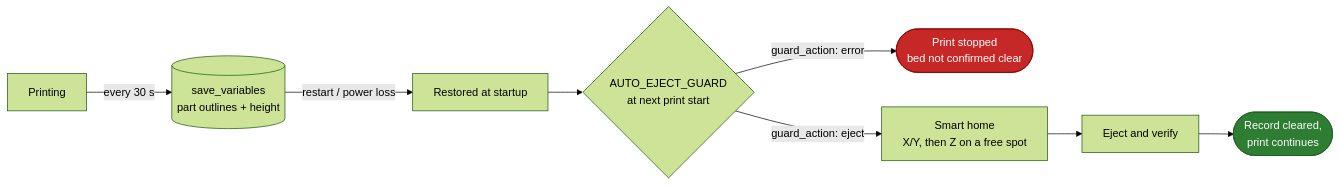
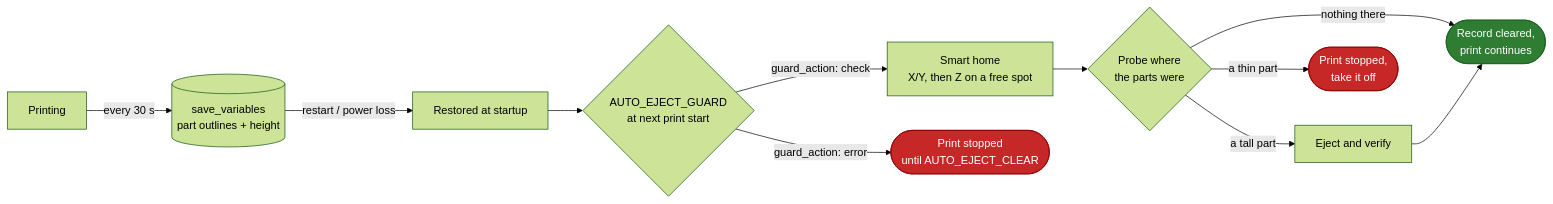
Before and after one commit to ahmedbebars/klipper-auto-eject: the diagram in docs/recovery.md, drawn with Mermaid (forest theme). The commit also changed other lines of this file and 11 other files, not shown here.

First line of the commit message:
Guard checks the bed itself; reliable thin-part check; cool nozzle on parts

````diff
--- a/docs/recovery.md
+++ b/docs/recovery.md
@@ -9,14 +9,17 @@
 ```mermaid
 flowchart LR
     P["Printing"] -- "every 30 s" --> S[("save_variables<br/>part outlines + height")]
     S -- "restart / power loss" --> R["Restored at startup"]
     R --> G{"AUTO_EJECT_GUARD<br/>at next print start"}
-    G -- "guard_action: error" --> E(["Print stopped<br/>bed not confirmed clear"])
-    G -- "guard_action: eject" --> H["Smart home<br/>X/Y, then Z on a free spot"]
-    H --> J["Eject and verify"] --> C(["Record cleared,<br/>print continues"])
+    G -- "guard_action: check" --> H["Smart home<br/>X/Y, then Z on a free spot"]
+    H --> V{"Probe where<br/>the parts were"}
+    V -- "nothing there" --> C(["Record cleared,<br/>print continues"])
+    V -- "a tall part" --> J["Eject and verify"] --> C
+    V -- "a thin part" --> E(["Print stopped,<br/>take it off"])
+    G -- "guard_action: error" --> E2(["Print stopped<br/>until AUTO_EJECT_CLEAR"])
 
     classDef ok fill:#2e7d32,stroke:#1b5e20,color:#ffffff
     classDef stop fill:#c62828,stroke:#8e0000,color:#ffffff
     class C ok
-    class E stop
+    class E,E2 stop
 ```
````
